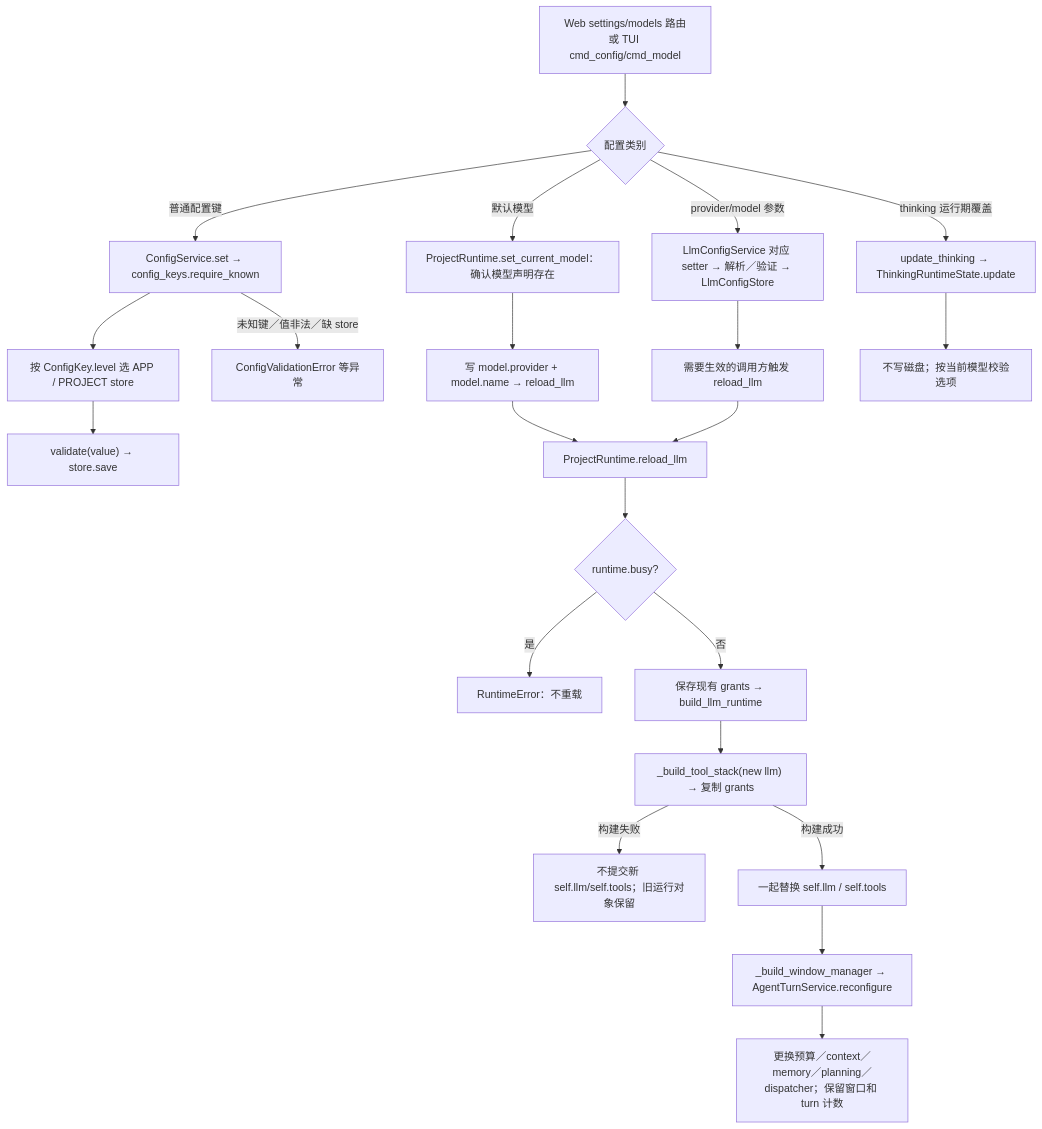
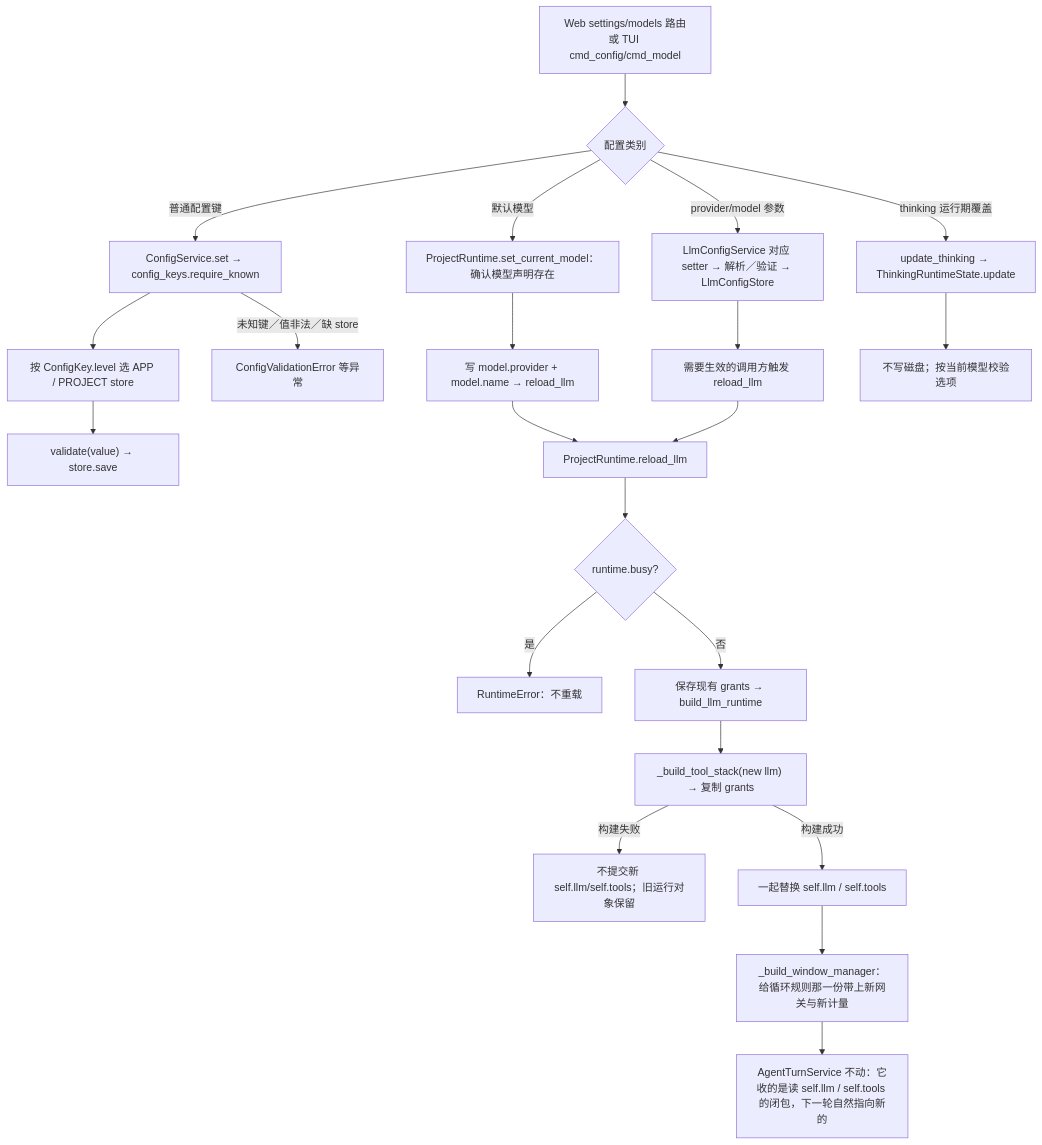
One commit to qubaolai/ForgeCLI changed diagram 51 of 54 in docs/06-代码阅读线路.md. Above: the diagram before and after it, drawn with Mermaid. The commit also changed other lines of this file and 59 other files, not shown here.

````diff
--- a/docs/06-代码阅读线路.md
+++ b/docs/06-代码阅读线路.md
@@ -1911,24 +1938,24 @@
 ```mermaid
 flowchart TD
     A["Web settings/models 路由或 TUI cmd_config/cmd_model"] --> B{"配置类别"}
     B -->|普通配置键| C["ConfigService.set → config_keys.require_known"]
     C --> D["按 ConfigKey.level 选 APP / PROJECT store"]
     D --> E["validate(value) → store.save"]
     C -->|未知键／值非法／缺 store| F["ConfigValidationError 等异常"]
     B -->|provider/model 参数| G["LlmConfigService 对应 setter → 解析／验证 → LlmConfigStore"]
     B -->|默认模型| H["ProjectRuntime.set_current_model：确认模型声明存在"]
     H --> I["写 model.provider + model.name → reload_llm"]
     G --> J["需要生效的调用方触发 reload_llm"]
     I --> K["ProjectRuntime.reload_llm"]
     J --> K
     K --> L{"runtime.busy?"}
     L -->|是| M["RuntimeError：不重载"]
     L -->|否| N["保存现有 grants → build_llm_runtime"]
     N --> O["_build_tool_stack(new llm) → 复制 grants"]
     O -->|构建失败| P["不提交新 self.llm/self.tools；旧运行对象保留"]
     O -->|构建成功| Q["一起替换 self.llm / self.tools"]
-    Q --> R["_build_window_manager → AgentTurnService.reconfigure"]
-    R --> S["更换预算／context／memory／planning／dispatcher；保留窗口和 turn 计数"]
+    Q --> R["_build_window_manager：给循环规则那一份带上新网关与新计量"]
+    R --> S["AgentTurnService 不动：它收的是读 self.llm / self.tools 的闭包，下一轮自然指向新的"]
     B -->|thinking 运行期覆盖| T["update_thinking → ThinkingRuntimeState.update"]
     T --> U["不写磁盘；按当前模型校验选项"]
 ```
````
